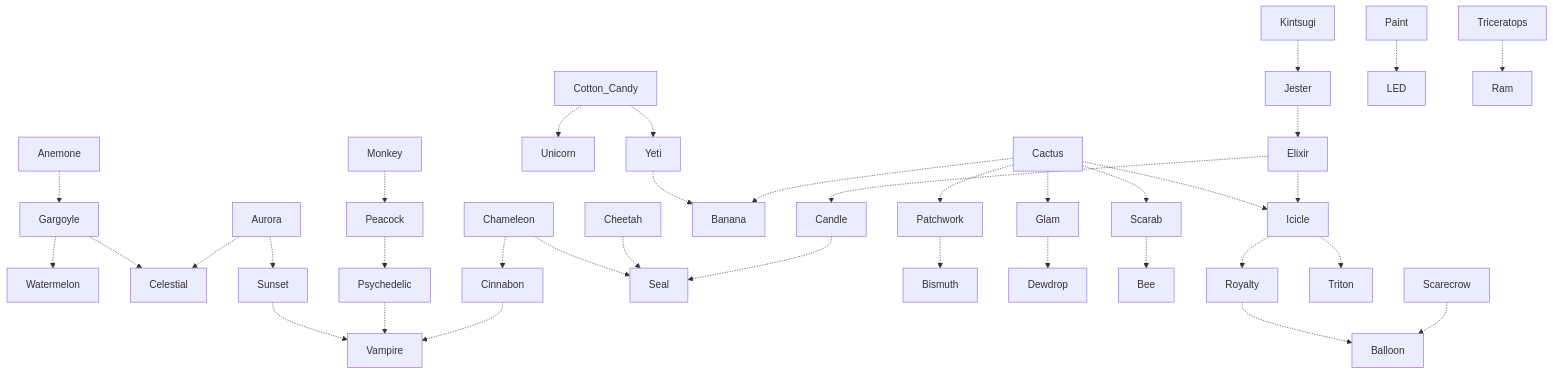
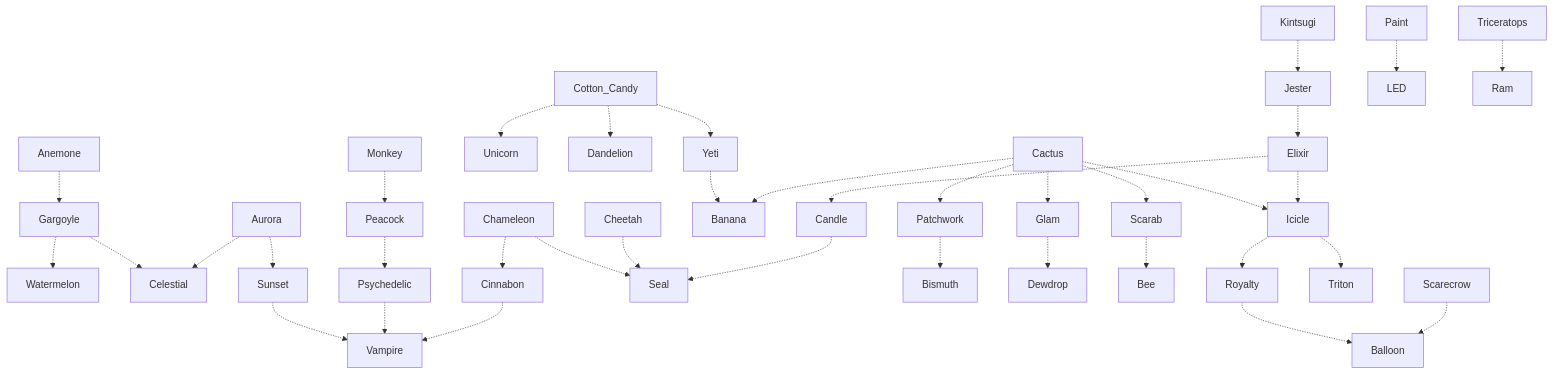
One commit to g1ddy/PeridotArchetypeFinder changed the diagram in Peridot-ArchetypeTree.md. Above: the diagram before and after it, drawn with Mermaid. The commit also changed other lines of this file, not shown here.

Commit message:
add dandelion

````diff
--- a/Peridot-ArchetypeTree.md
+++ b/Peridot-ArchetypeTree.md
@@ -3,47 +3,48 @@
 ```mermaid
 flowchart
 
 Anemone -.-> Gargoyle
 Gargoyle -.-> Watermelon
 Gargoyle -.-> Celestial
 
 Aurora -.-> Celestial
 Aurora -.-> Sunset
 Sunset -.-> Vampire
 
 Monkey -.-> Peacock
 Peacock -.-> Psychedelic
 Psychedelic -.-> Vampire
 
 Cinnabon -.-> Vampire
 Chameleon -.-> Cinnabon
 Chameleon -.-> Seal
 
 Cheetah -.-> Seal
 Cotton_Candy -.-> Unicorn
+Cotton_Candy -.-> Dandelion
 Cotton_Candy -.-> Yeti
 Yeti -.-> Banana
 
 Cactus -.-> Banana
 Cactus -.-> Patchwork
 Patchwork -.-> Bismuth
 Cactus -.-> Glam
 Glam -.-> Dewdrop
 Cactus -.-> Icicle
 Cactus -.-> Scarab
 Scarab -.-> Bee
 
 Elixir -.-> Icicle
 Icicle -.-> Royalty
 Icicle -.-> Triton
 Elixir -.-> Candle
 Jester -.-> Elixir
 Candle -.-> Seal
 
 Kintsugi -.-> Jester
 Royalty -.-> Balloon
 Scarecrow -.-> Balloon
 
 Paint -.-> LED
 Triceratops -.-> Ram
 ```
````
